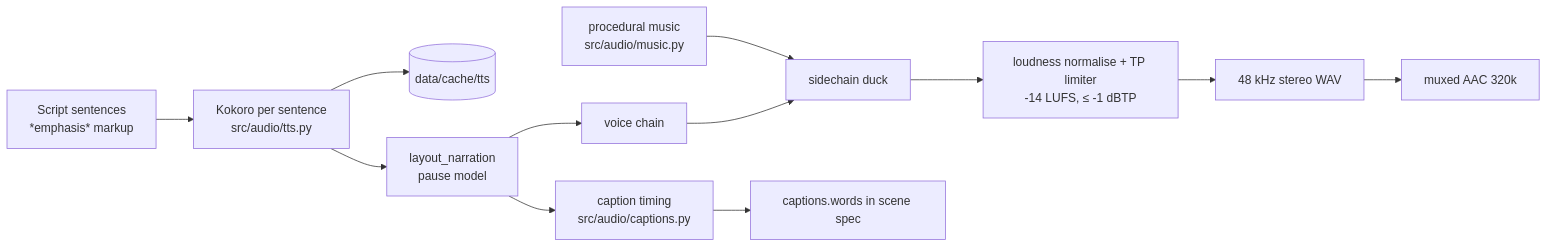
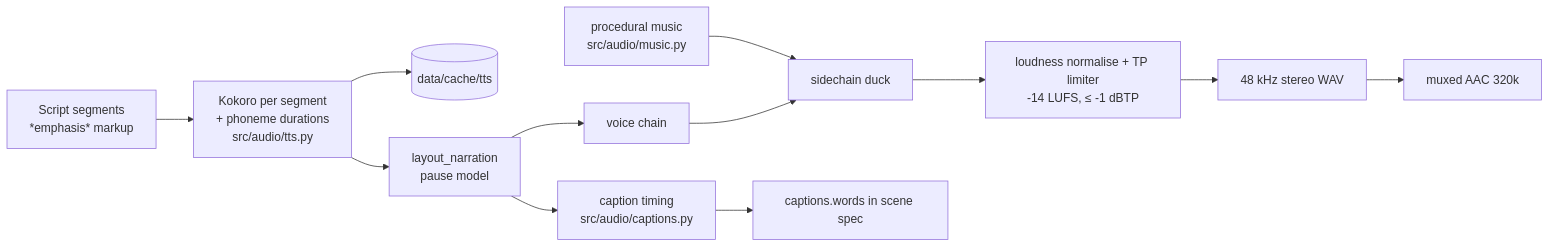
One commit to Brandon-Allshouse/YouTube-Automation changed the diagram in docs/AUDIO.md. Above: the diagram before and after it, drawn with Mermaid. The commit also changed other lines of this file and 44 other files, not shown here.

````diff
--- a/docs/AUDIO.md
+++ b/docs/AUDIO.md
@@ -5,13 +5,13 @@
 ```mermaid
 flowchart LR
-  script[Script sentences<br/>*emphasis* markup] --> tts[Kokoro per sentence<br/>src/audio/tts.py]
+  script[Script segments<br/>*emphasis* markup] --> tts[Kokoro per segment<br/>+ phoneme durations<br/>src/audio/tts.py]
   tts --> cache[(data/cache/tts)]
   tts --> layout[layout_narration<br/>pause model]
   layout --> align[caption timing<br/>src/audio/captions.py]
   layout --> chain[voice chain]
   music[procedural music<br/>src/audio/music.py] --> duck[sidechain duck]
   chain --> duck
   duck --> master[loudness normalise + TP limiter<br/>-14 LUFS, ≤ -1 dBTP]
   master --> wav[48 kHz stereo WAV] --> mux[muxed AAC 320k]
   align --> spec[captions.words in scene spec]
 ```
````
